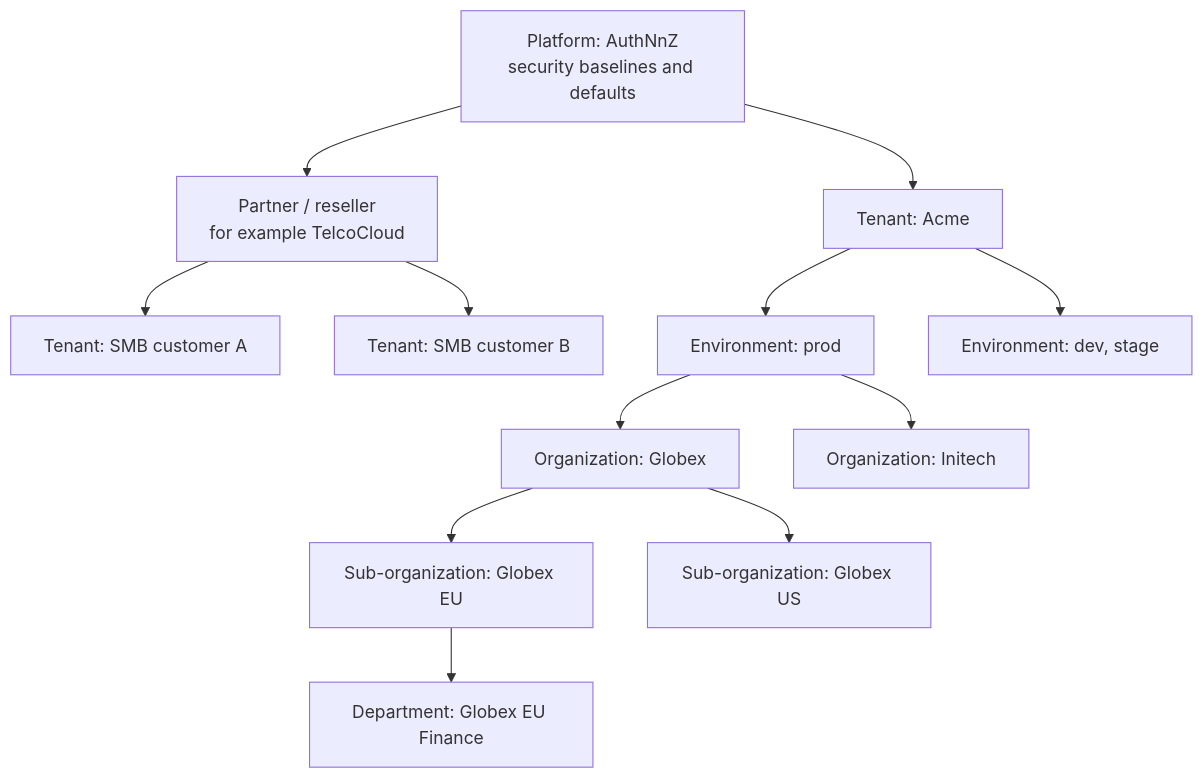
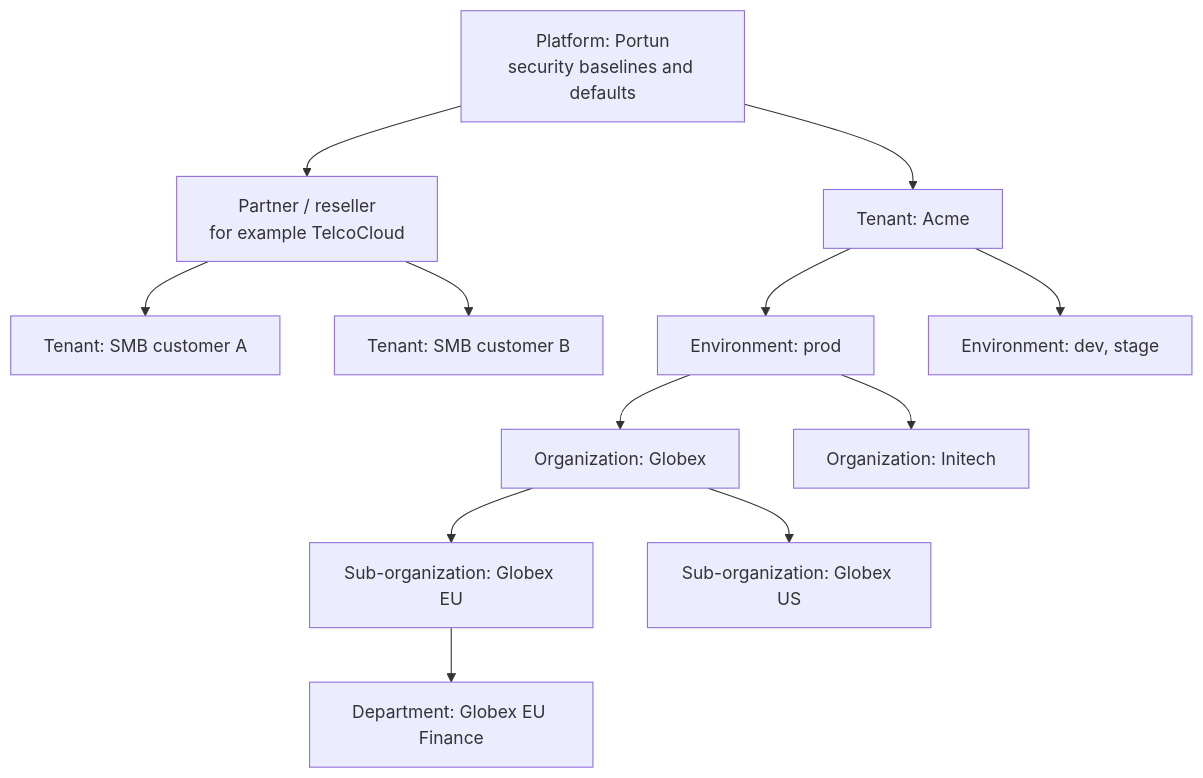
The first of 2 diagrams in docs/plan/15-hierarchy-and-shared-settings.md (antonyrejith/AuthNnZ), drawn with Mermaid before and after one commit. The commit also changed other lines of this file and 21 other files, not shown here.

````diff
--- a/docs/plan/15-hierarchy-and-shared-settings.md
+++ b/docs/plan/15-hierarchy-and-shared-settings.md
@@ -11,14 +11,14 @@
 ```mermaid
 flowchart TB
-    P[Platform: AuthNnZ<br/>security baselines and defaults] --> R[Partner / reseller<br/>for example TelcoCloud]
+    P[Platform: Portun<br/>security baselines and defaults] --> R[Partner / reseller<br/>for example TelcoCloud]
     P --> T1[Tenant: Acme]
     R --> T2[Tenant: SMB customer A]
     R --> T3[Tenant: SMB customer B]
     T1 --> E1[Environment: prod]
     T1 --> E0[Environment: dev, stage]
     E1 --> O1[Organization: Globex]
     E1 --> O2[Organization: Initech]
     O1 --> S1[Sub-organization: Globex EU]
     O1 --> S2[Sub-organization: Globex US]
     S1 --> S3[Department: Globex EU Finance]
 ```
````
